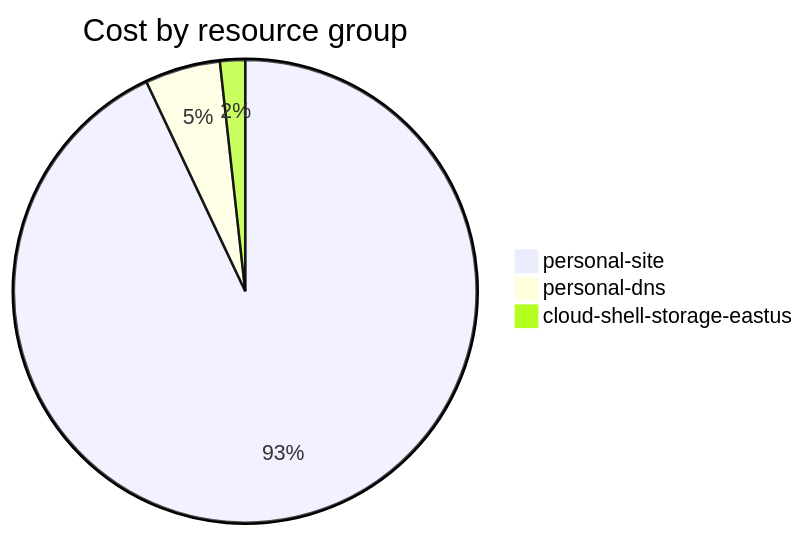
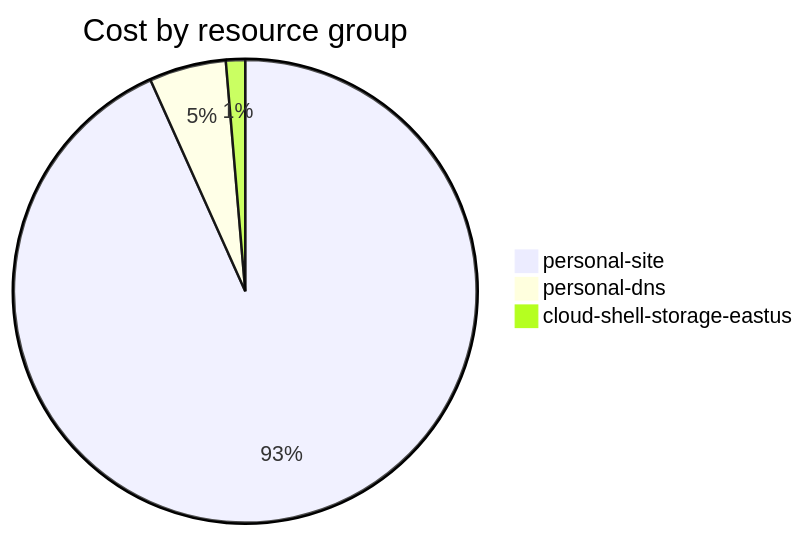
The fourth of 4 diagrams in cost-reports/accumulated-cost.md (jpfulton/azure-personal-reports), drawn with Mermaid before and after one commit. The commit also changed other lines of this file and 4 other files, not shown here.

````diff
--- a/cost-reports/accumulated-cost.md
+++ b/cost-reports/accumulated-cost.md
@@ -143,7 +143,7 @@
 ```mermaid
 pie
    title Cost by resource group
-   "personal-site" : 1.06
-   "personal-dns" : 0.06
+   "personal-site" : 1.39
+   "personal-dns" : 0.08
    "cloud-shell-storage-eastus" : 0.02
 ```
````
